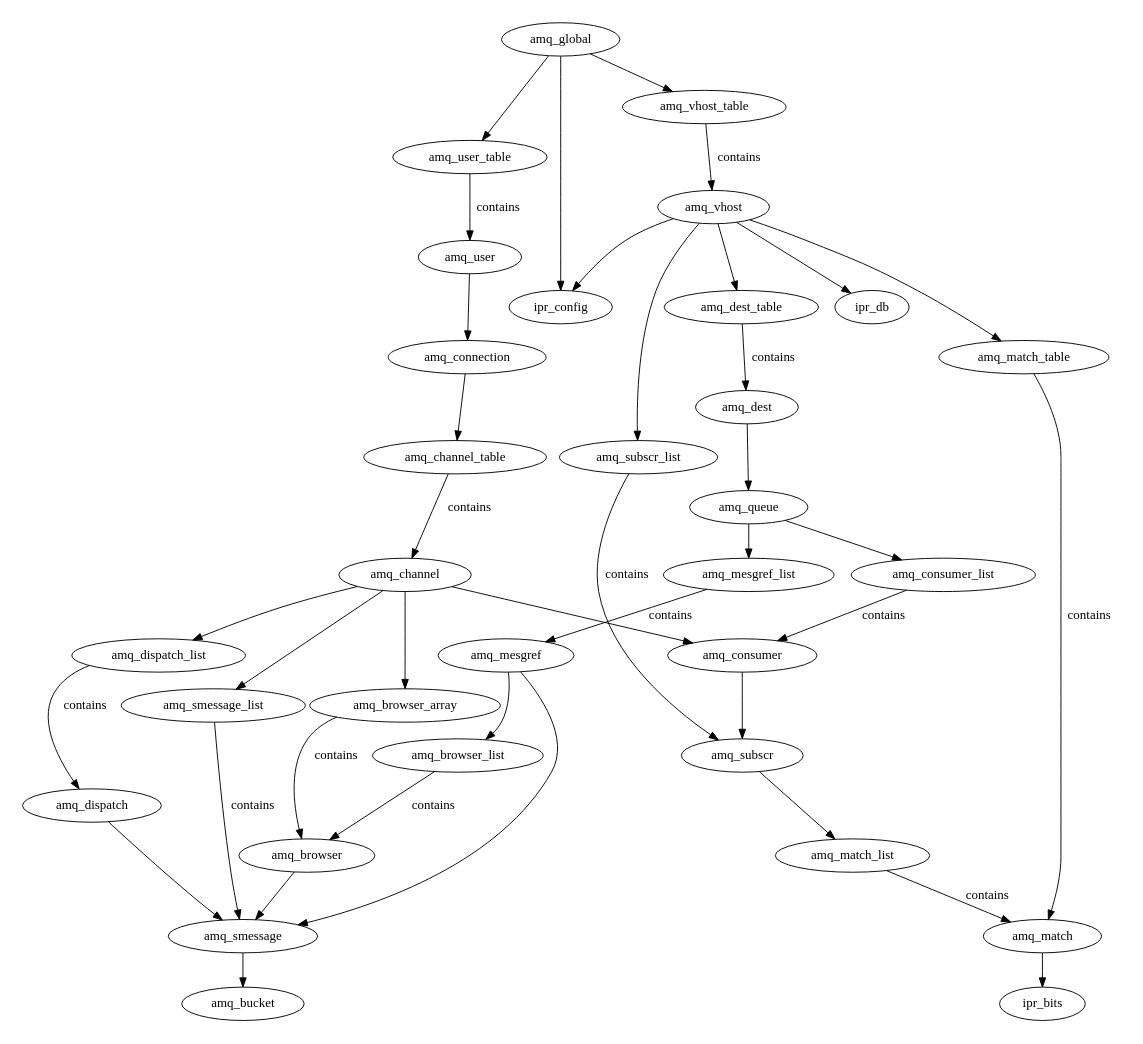
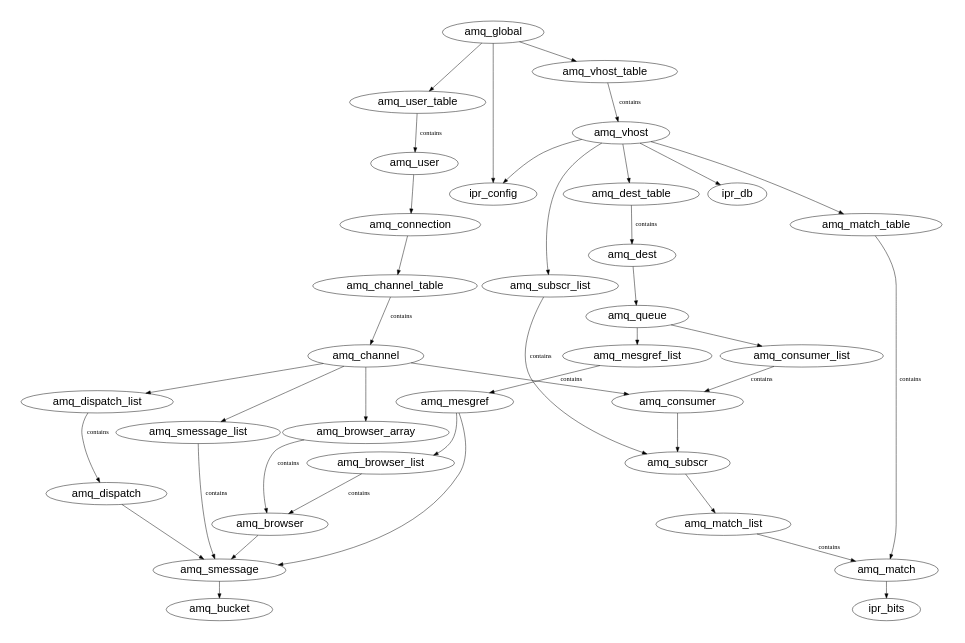
One commit to imatix/openamq changed the diagram in doc/server_classes.dot. Above: the diagram before and after it, drawn with Graphviz. The commit also changed 9 other files, not shown here.

```diff
--- a/doc/server_classes.dot
+++ b/doc/server_classes.dot
@@ -1,42 +1,43 @@
 //  Build using dot
 digraph {
-    size = "6,12";
+    size = "5,12";
+    node [fontname=Helvetica, fontsize=24];
     amq_browser             -> amq_smessage;
     amq_browser_array       -> amq_browser  [label = "contains"];
     amq_browser_list        -> amq_browser  [label = "contains"];
     amq_channel             -> amq_dispatch_list;
     amq_channel             -> amq_smessage_list;
     amq_channel             -> amq_consumer;
     amq_channel             -> amq_browser_array;
     amq_channel_table       -> amq_channel  [label = "contains"];
     amq_connection          -> amq_channel_table;
     amq_consumer            -> amq_subscr;
     amq_consumer_list       -> amq_consumer [label = "contains"];
     amq_dest                -> amq_queue;
     amq_dest_table          -> amq_dest     [label = "contains"];
     amq_dispatch            -> amq_smessage;
     amq_dispatch_list       -> amq_dispatch [label = "contains"];
     amq_global              -> amq_user_table;
     amq_global              -> amq_vhost_table;
     amq_global              -> ipr_config;
     amq_match               -> ipr_bits;
     amq_match_list          -> amq_match    [label = "contains"];
     amq_match_table         -> amq_match    [label = "contains"];
     amq_mesgref             -> amq_smessage;
     amq_mesgref             -> amq_browser_list;
     amq_mesgref_list        -> amq_mesgref  [label = "contains"];
     amq_queue               -> amq_consumer_list;
     amq_queue               -> amq_mesgref_list;
     amq_smessage            -> amq_bucket;
     amq_smessage_list       -> amq_smessage [label = "contains"];
     amq_subscr              -> amq_match_list;
     amq_subscr_list         -> amq_subscr   [label = "contains"];
     amq_user_table          -> amq_user     [label = "contains"];
     amq_user                -> amq_connection;
     amq_vhost               -> ipr_db;
     amq_vhost               -> ipr_config;
     amq_vhost               -> amq_dest_table;
     amq_vhost               -> amq_subscr_list;
     amq_vhost               -> amq_match_table;
     amq_vhost_table         -> amq_vhost    [label = "contains"];
 }
```
